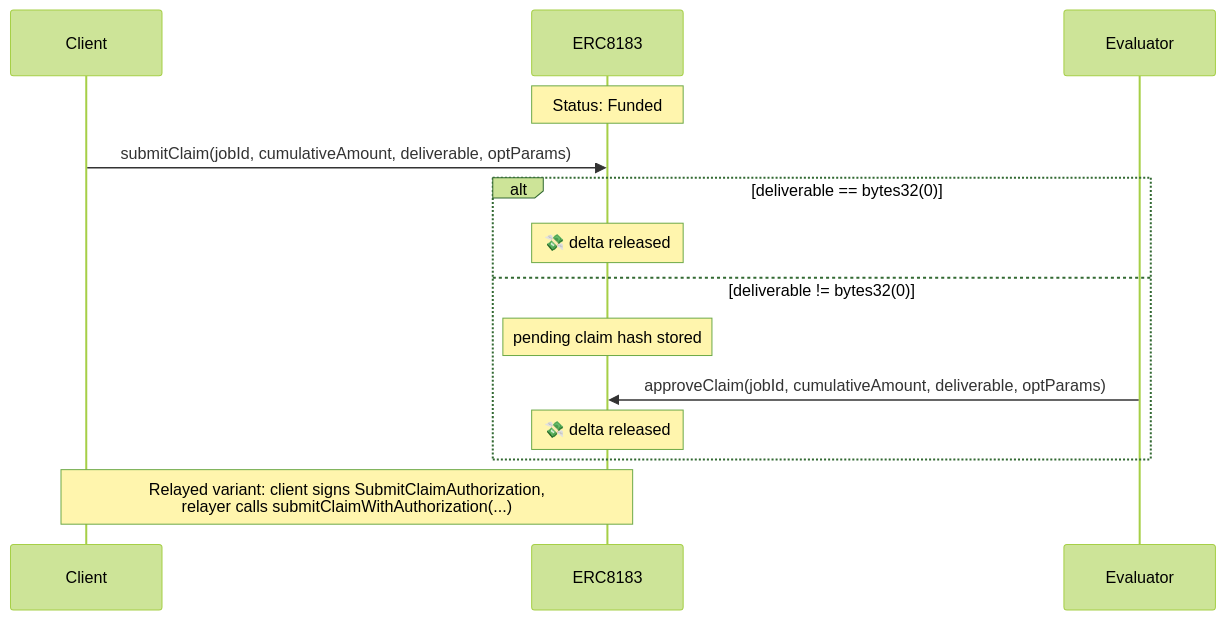
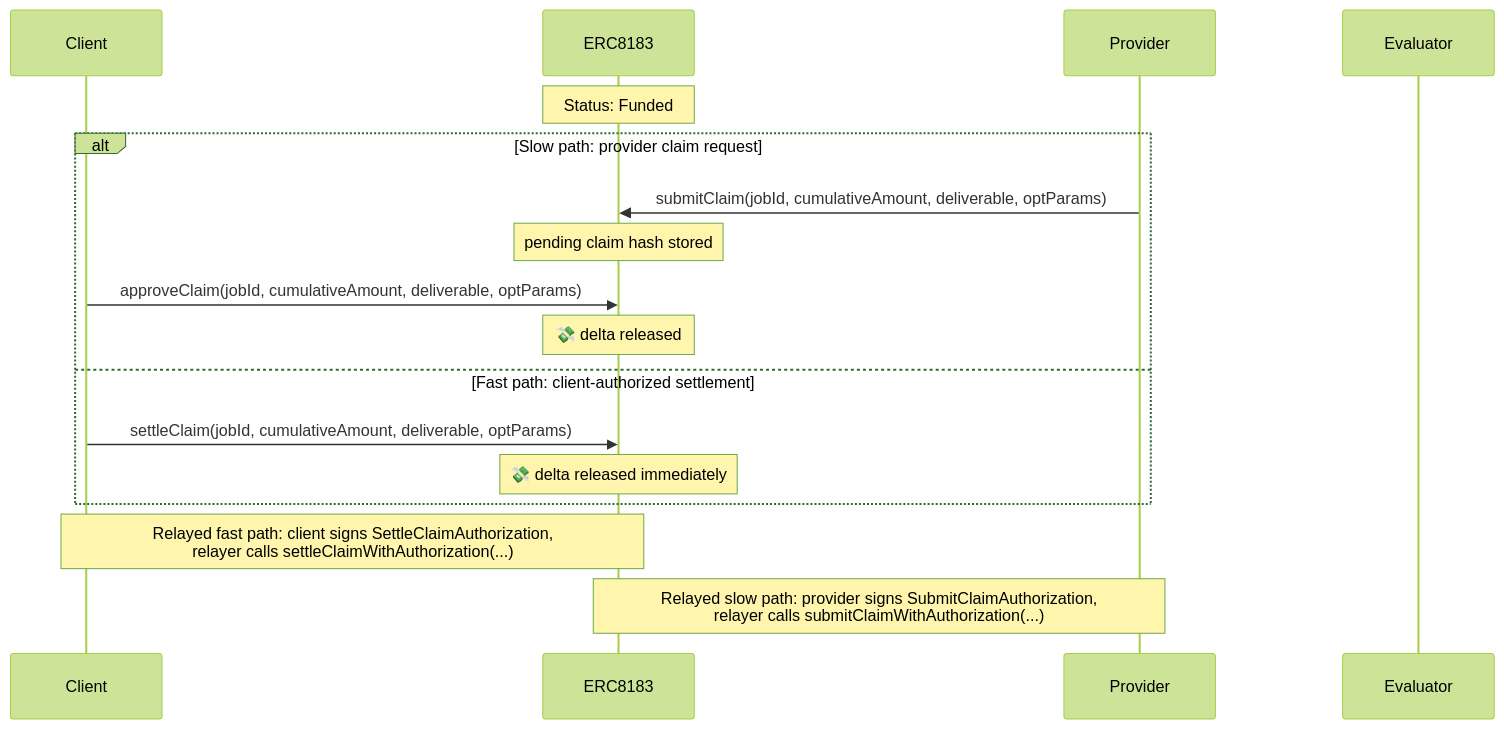
Before and after one commit to erc-8183/base-contracts: the third of 4 diagrams in docs/01-architecture.md, drawn with Mermaid (forest theme). The commit also changed other lines of this file and 4 other files, not shown here.

Commit message:
feat: split claim request and settlement paths

````diff
--- a/docs/01-architecture.md
+++ b/docs/01-architecture.md
@@ -61,19 +61,22 @@
 ```mermaid
 sequenceDiagram
     participant C as Client
     participant AC as ERC8183
+    participant P as Provider
     participant E as Evaluator
 
     Note over AC: Status: Funded
-    C->>AC: submitClaim(jobId, cumulativeAmount, deliverable, optParams)
 
-    alt deliverable == bytes32(0)
+    alt Slow path: provider claim request
+        P->>AC: submitClaim(jobId, cumulativeAmount, deliverable, optParams)
+        Note over AC: pending claim hash stored
+        C->>AC: approveClaim(jobId, cumulativeAmount, deliverable, optParams)
         Note over AC: 💸 delta released
-    else deliverable != bytes32(0)
-        Note over AC: pending claim hash stored
-        E->>AC: approveClaim(jobId, cumulativeAmount, deliverable, optParams)
-        Note over AC: 💸 delta released
+    else Fast path: client-authorized settlement
+        C->>AC: settleClaim(jobId, cumulativeAmount, deliverable, optParams)
+        Note over AC: 💸 delta released immediately
     end
 
-    Note over C,AC: Relayed variant: client signs SubmitClaimAuthorization,<br/>relayer calls submitClaimWithAuthorization(...)
+    Note over C,AC: Relayed fast path: client signs SettleClaimAuthorization,<br/>relayer calls settleClaimWithAuthorization(...)
+    Note over P,AC: Relayed slow path: provider signs SubmitClaimAuthorization,<br/>relayer calls submitClaimWithAuthorization(...)
 ```
````
